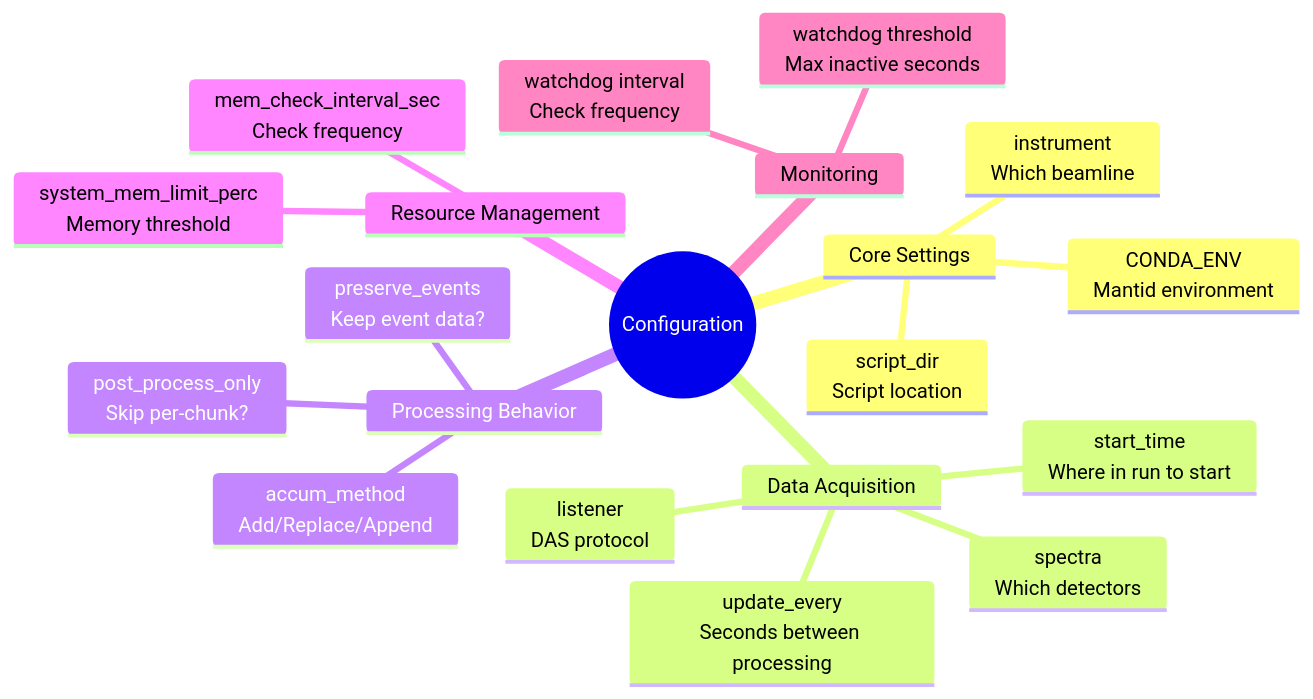
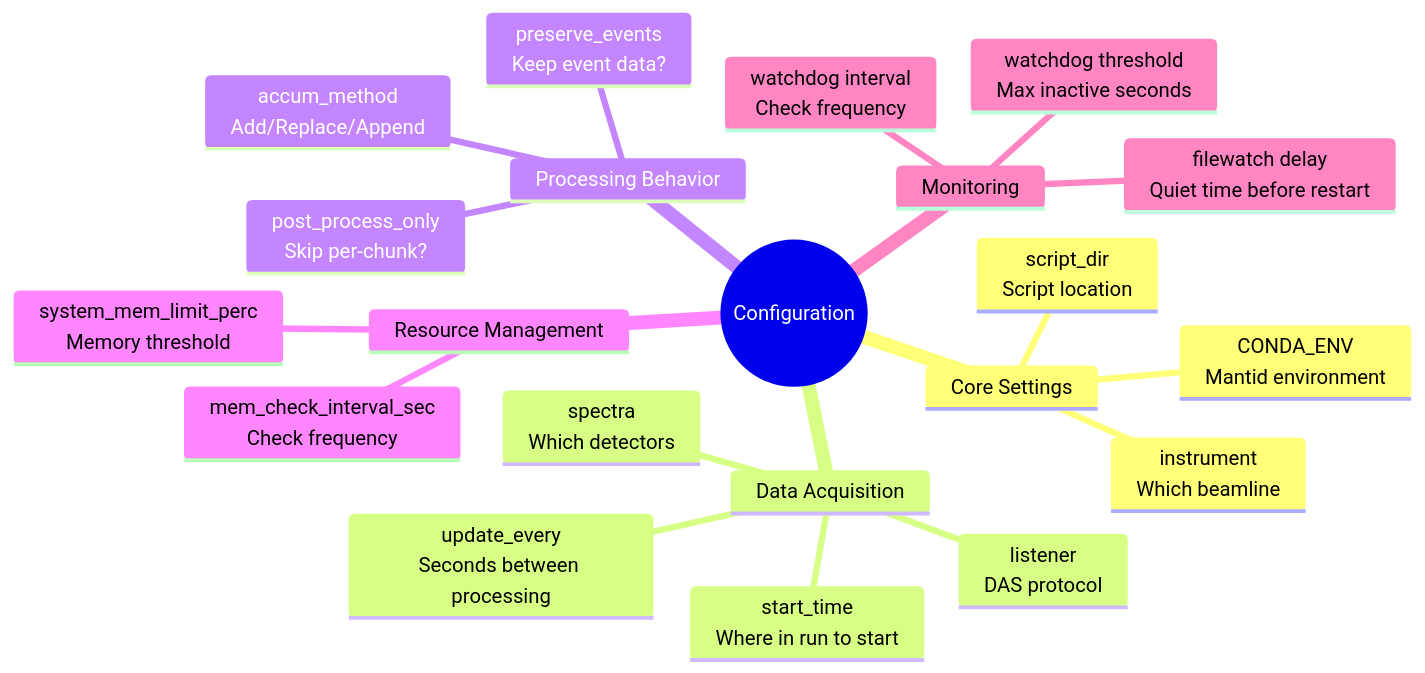
The diagram in docs/configuration.md (mantidproject/livereduce), drawn with Mermaid before and after one commit. The commit also changed other lines of this file and 22 other files, not shown here.

````diff
--- a/docs/configuration.md
+++ b/docs/configuration.md
@@ -30,23 +33,24 @@
 ```mermaid
 mindmap
   root((Configuration))
     Core Settings
       instrument<br/>Which beamline
       CONDA_ENV<br/>Mantid environment
       script_dir<br/>Script location
     Data Acquisition
       listener<br/>DAS protocol
       update_every<br/>Seconds between processing
       spectra<br/>Which detectors
       start_time<br/>Where in run to start
     Processing Behavior
       accum_method<br/>Add/Replace/Append
       preserve_events<br/>Keep event data?
       post_process_only<br/>Skip per-chunk?
     Resource Management
       system_mem_limit_perc<br/>Memory threshold
       mem_check_interval_sec<br/>Check frequency
     Monitoring
       watchdog interval<br/>Check frequency
       watchdog threshold<br/>Max inactive seconds
+      filewatch delay<br/>Quiet time before restart
 ```
````
